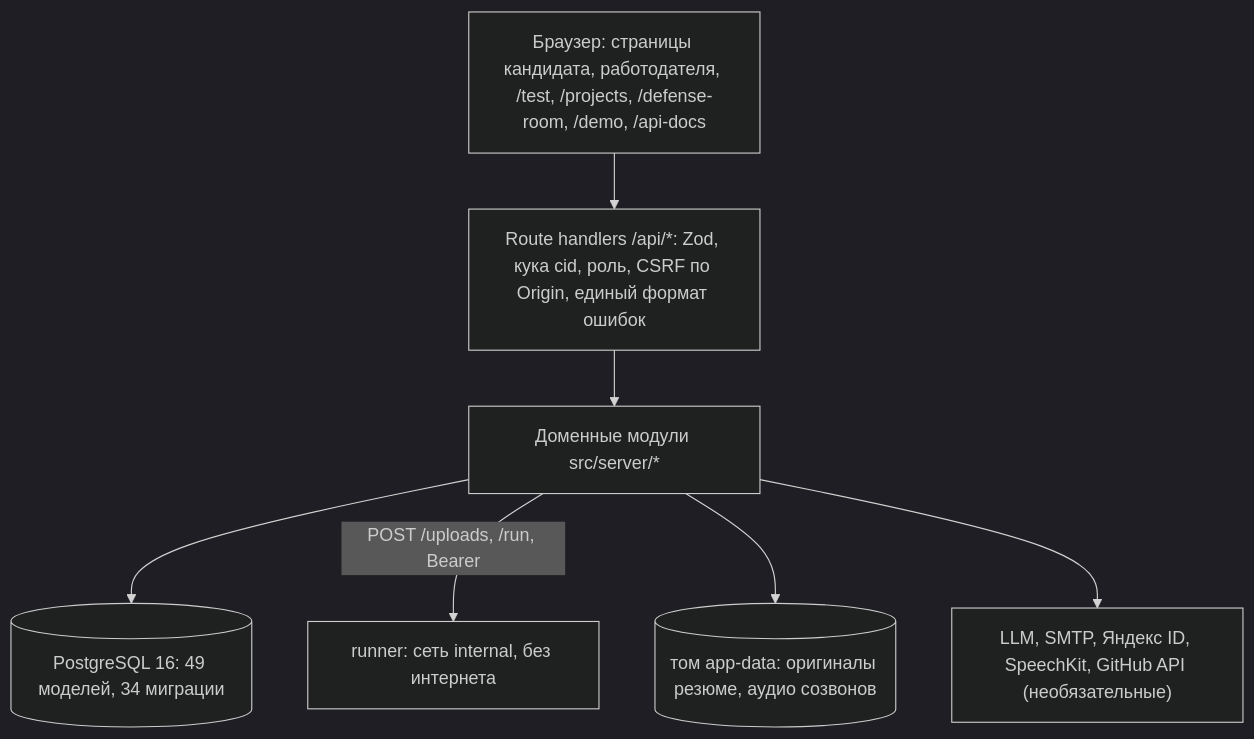
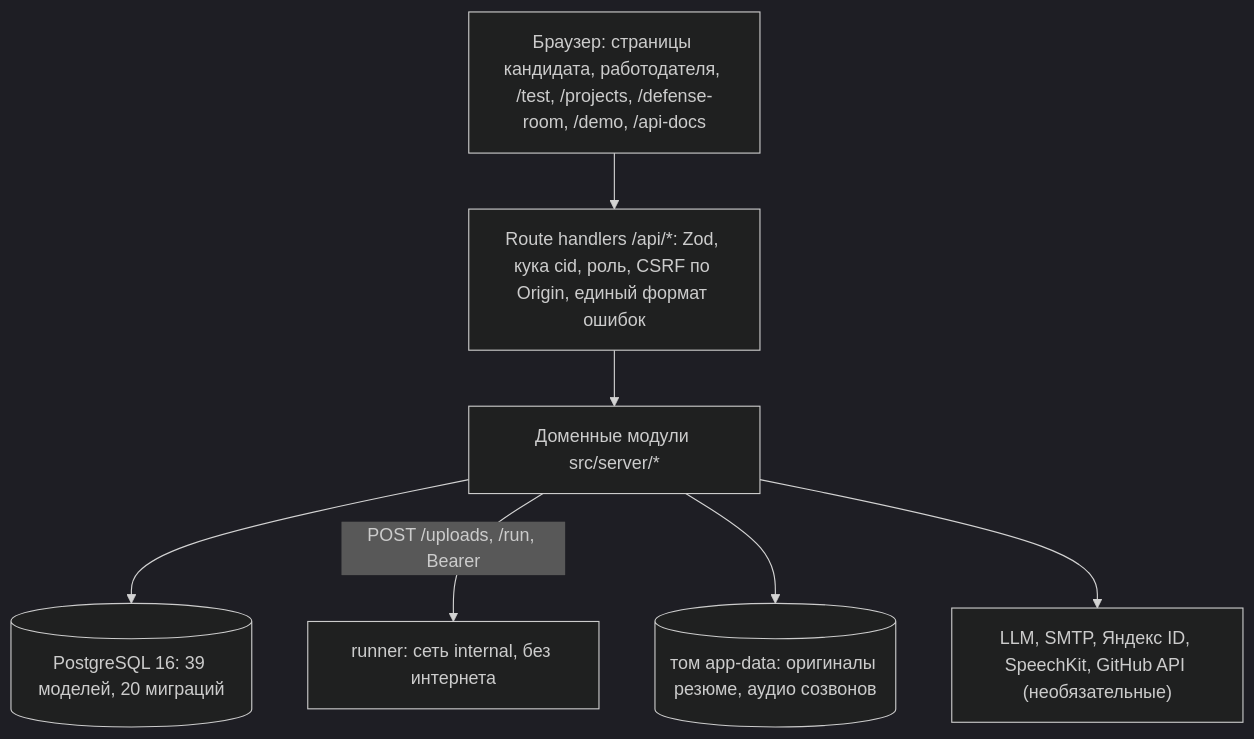
The diagram in docs/submission/fsp-career.md (danelyan/Meshwork), drawn with Mermaid (dark theme) before and after one commit. The commit also changed other lines of this file and 26 other files, not shown here.

````diff
--- a/docs/submission/fsp-career.md
+++ b/docs/submission/fsp-career.md
@@ -94,9 +93,9 @@
 ```mermaid
 flowchart TD
   B["Браузер: страницы кандидата, работодателя, /test, /projects, /defense-room, /demo, /api-docs"] --> A["Route handlers /api/*: Zod, кука cid, роль, CSRF по Origin, единый формат ошибок"]
   A --> M["Доменные модули src/server/*"]
-  M --> DB[("PostgreSQL 16: 49 моделей, 34 миграции")]
+  M --> DB[("PostgreSQL 16: 39 моделей, 20 миграций")]
   M -->|"POST /uploads, /run, Bearer"| R["runner: сеть internal, без интернета"]
   M --> F[("том app-data: оригиналы резюме, аудио созвонов")]
   M --> X["LLM, SMTP, Яндекс ID, SpeechKit, GitHub API (необязательные)"]
 ```
````
